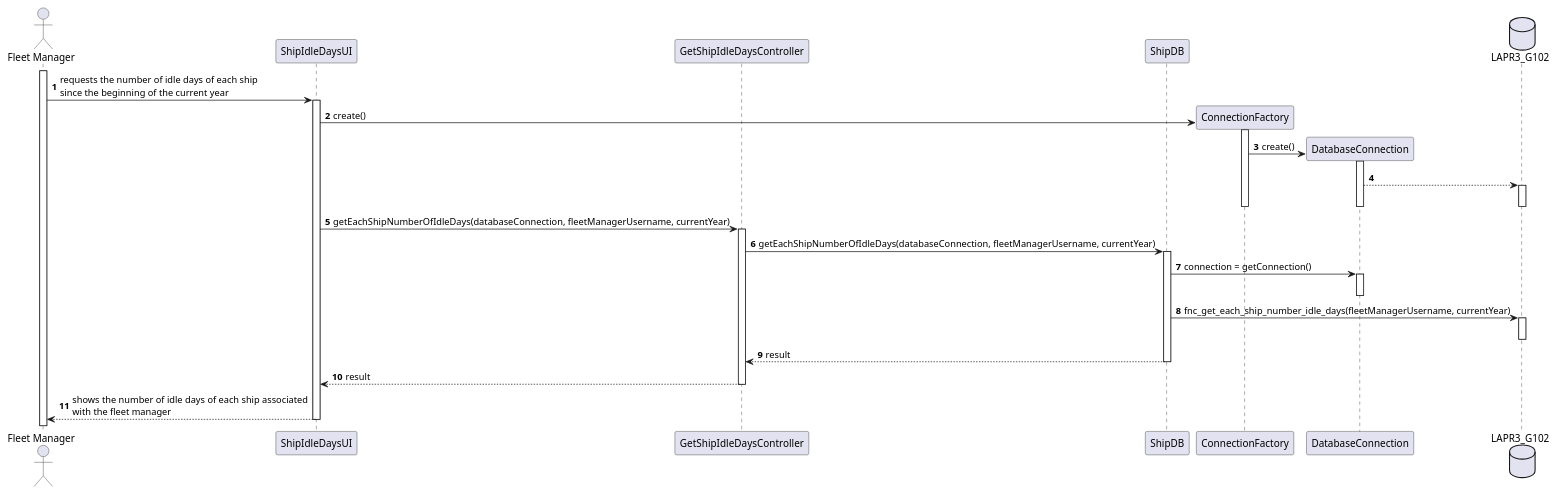
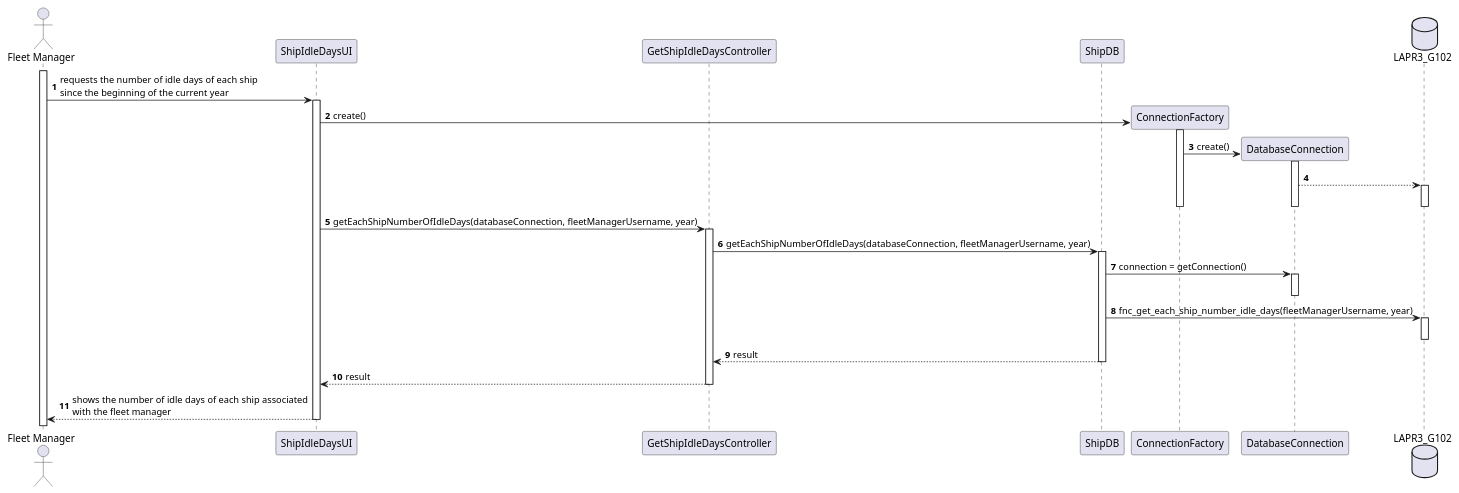
One commit to mpoboas/lapr3-2021-g102 changed the diagram in docs/Sprint4/US404/US404_SD.puml. Above: the diagram before and after it, drawn with PlantUML. The commit also changed 3 other files, not shown here.

```diff
--- a/docs/Sprint4/US404/US404_SD.puml
+++ b/docs/Sprint4/US404/US404_SD.puml
@@ -1,47 +1,47 @@
 @startuml
 autonumber
 'hide footbox
 
 actor "Fleet Manager" as FM
 
 participant "ShipIdleDaysUI" as UI
 participant "GetShipIdleDaysController" as CTRL
 participant "ShipDB" as SHIPDB
 participant ConnectionFactory as CF
 participant DatabaseConnection as DC
 database LAPR3_G102 as DB
 
 activate FM
 FM -> UI : requests the number of idle days of each ship\nsince the beginning of the current year
 activate UI
 
 UI -> CF** : create()
 activate CF
 CF -> DC** : create()
 activate DC
 DC --> DB
 activate DB
 deactivate DB
 deactivate DC
 deactivate CF
 
-UI -> CTRL : getEachShipNumberOfIdleDays(databaseConnection, fleetManagerUsername, currentYear)
+UI -> CTRL : getEachShipNumberOfIdleDays(databaseConnection, fleetManagerUsername, year)
 activate CTRL
-CTRL -> SHIPDB : getEachShipNumberOfIdleDays(databaseConnection, fleetManagerUsername, currentYear)
+CTRL -> SHIPDB : getEachShipNumberOfIdleDays(databaseConnection, fleetManagerUsername, year)
 activate SHIPDB
 
 SHIPDB -> DC : connection = getConnection()
 activate DC
 deactivate DC
 
-SHIPDB -> DB : fnc_get_each_ship_number_idle_days(fleetManagerUsername, currentYear)
+SHIPDB -> DB : fnc_get_each_ship_number_idle_days(fleetManagerUsername, year)
 activate DB
 deactivate DB
 SHIPDB --> CTRL : result
 deactivate SHIPDB
 deactivate SHIPDB
 CTRL --> UI : result
 deactivate CTRL
 UI --> FM : shows the number of idle days of each ship associated\nwith the fleet manager
 deactivate UI
 @enduml
```
